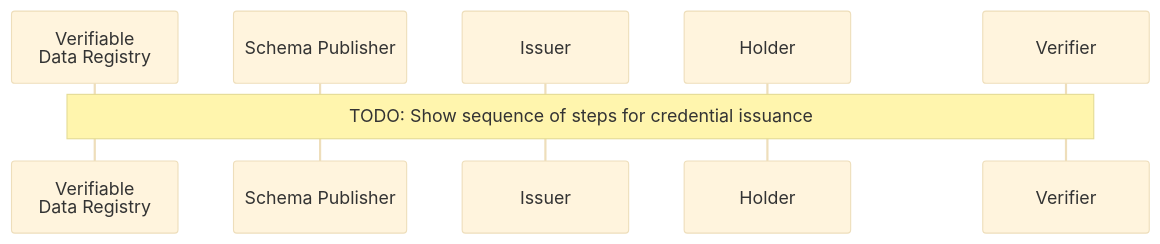
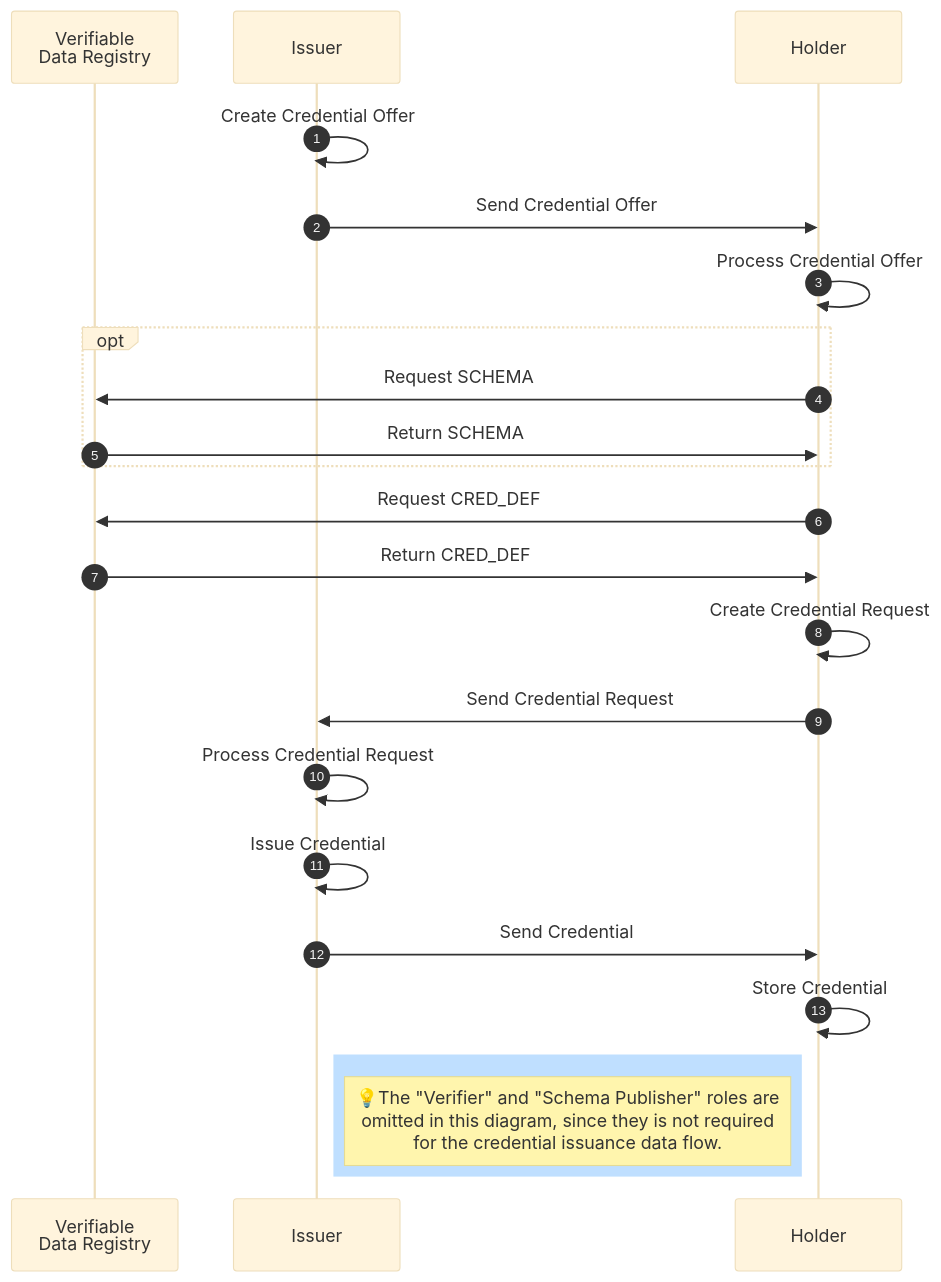
Before and after one commit to hyperledger/anoncreds-spec: the diagram in spec/data_flow_issuance.md, drawn with Mermaid (base theme). The commit also changed other lines of this file and 2 other files, not shown here.

````diff
--- a/spec/data_flow_issuance.md
+++ b/spec/data_flow_issuance.md
@@ -3,11 +5,28 @@
 ```mermaid
 sequenceDiagram
     autonumber
     participant L as Verifiable<br>Data Registry
-    participant SP as Schema Publisher
     participant I as Issuer
-    participant H as Holder   
-    participant V as Verifier 
+    participant H as Holder  
 
-    Note over L, V: TODO: Show sequence of steps for credential issuance
+  I ->> I: Create Credential Offer
+  I ->> H: Send Credential Offer
+  H ->> H: Process Credential Offer
+  opt
+    H ->> L: Request SCHEMA
+    L ->> H: Return SCHEMA
+  end
+  H ->> L: Request CRED_DEF
+  L ->> H: Return CRED_DEF
+  H ->> H: Create Credential Request
+  H ->> I: Send Credential Request
+  I ->> I: Process Credential Request
+  I ->> I: Issue Credential
+  I ->> H: Send Credential
+  H ->> H: Store Credential
+
+
+  rect rgb(191, 223, 255)
+    Note left of H: 💡The "Verifier" and "Schema Publisher" roles are<br>omitted in this diagram, since they is not required<br>for the credential issuance data flow.
+  end
 ```
````
